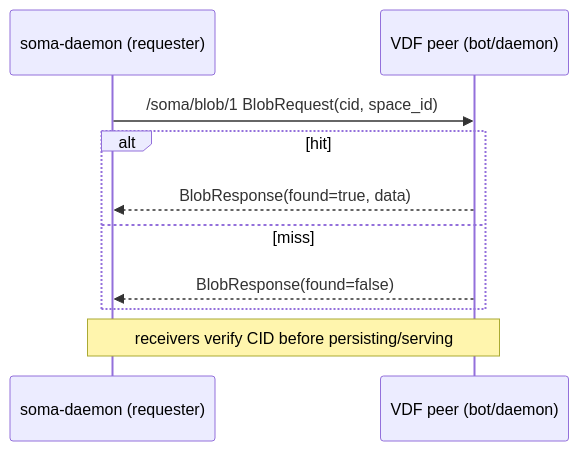
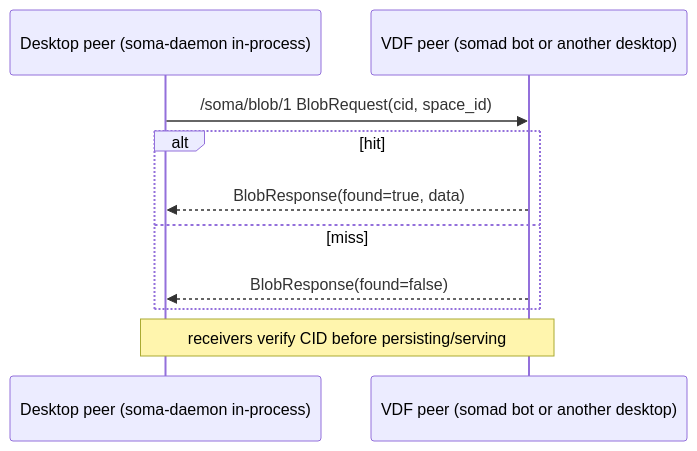
Before and after one commit to stephane-segning/soma: the third of 4 diagrams in docs/src/architecture/arc42/06-runtime-view.md, drawn with Mermaid. The commit also changed other lines of this file and 142 other files, not shown here.

````diff
--- a/docs/src/architecture/arc42/06-runtime-view.md
+++ b/docs/src/architecture/arc42/06-runtime-view.md
@@ -33,13 +36,13 @@
 ```mermaid
 sequenceDiagram
-  participant PeerA as soma-daemon (requester)
-  participant PeerB as VDF peer (bot/daemon)
+  participant PeerA as Desktop peer (soma-daemon in-process)
+  participant PeerB as VDF peer (somad bot or another desktop)
 
   PeerA->>PeerB: /soma/blob/1 BlobRequest(cid, space_id)
   alt hit
     PeerB-->>PeerA: BlobResponse(found=true, data)
   else miss
     PeerB-->>PeerA: BlobResponse(found=false)
   end
   Note over PeerA,PeerB: receivers verify CID before persisting/serving
 ```
````
